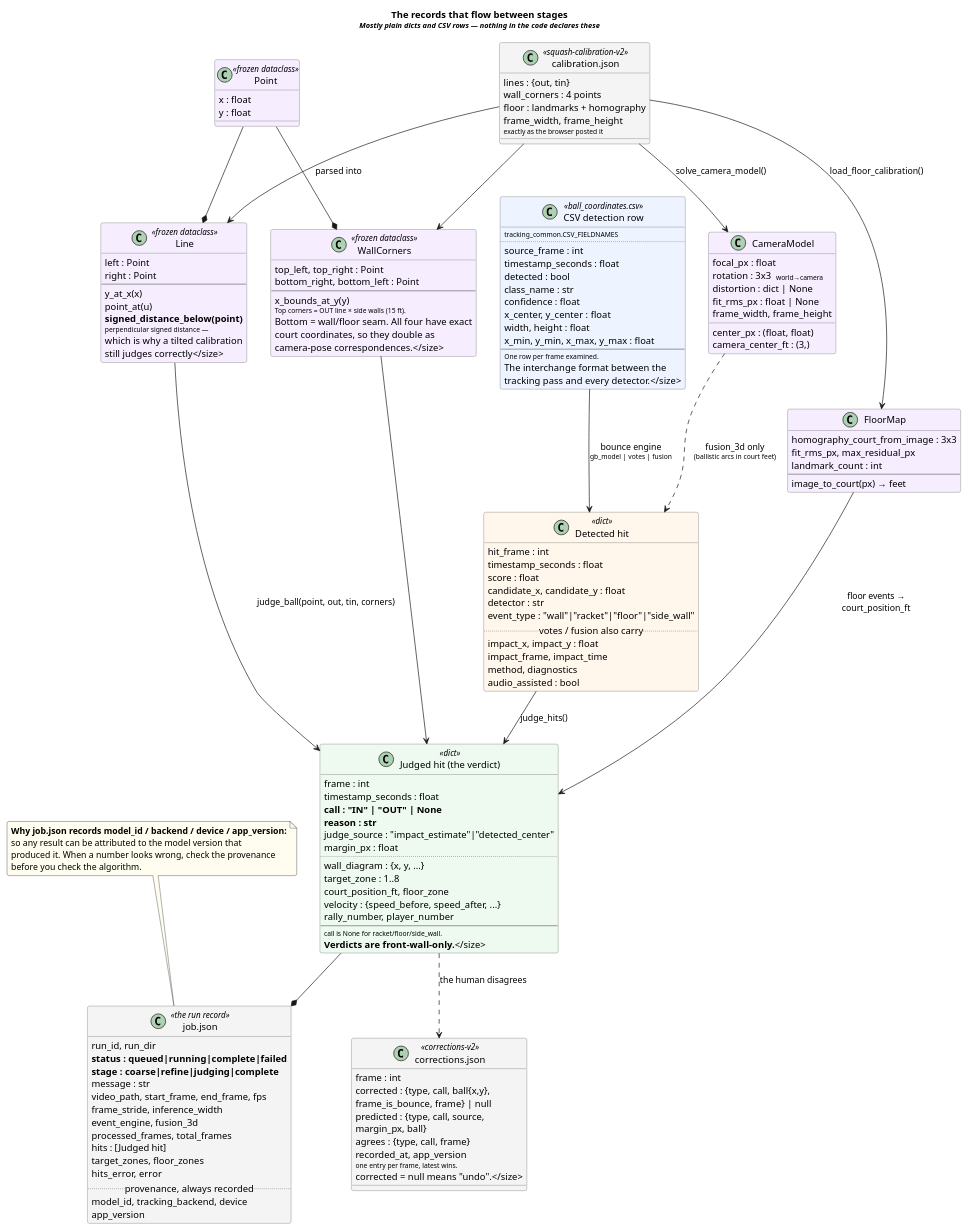
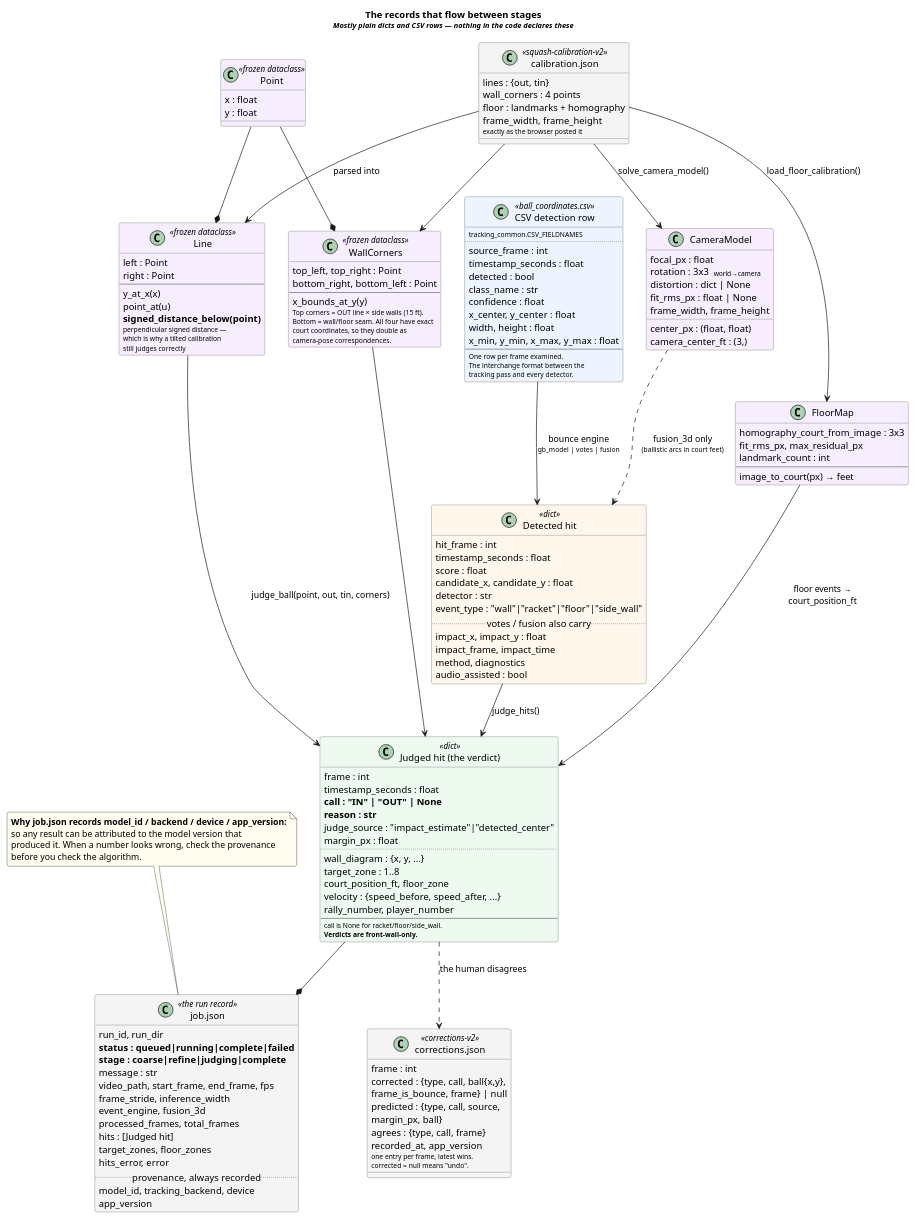
One commit to redcappyal/UCSC-AI-Project changed the seventh of 7 diagrams in docs/architecture.puml. Above: the diagram before and after it, drawn with PlantUML. The commit also changed other lines of this file and 1 other file, not shown here.

First line of the commit message:
fix(arch): render the diagrams, and fix what only rendering could reveal

```diff
--- a/docs/architecture.puml
+++ b/docs/architecture.puml
@@ -603,166 +602,166 @@
 @startuml data_shapes
 title The records that flow between stages\n<size:11>//Mostly plain dicts and CSV rows — nothing in the code declares these//</size>
 
 skinparam shadowing false
 skinparam roundCorner 6
 skinparam class {
   BackgroundColor #FFFFFF
   BorderColor #666666
 }
 
 class "CSV detection row" as row <<ball_coordinates.csv>> #EEF4FF {
   <size:10>tracking_common.CSV_FIELDNAMES</size>
   ..
   source_frame : int
   timestamp_seconds : float
   detected : bool
   class_name : str
   confidence : float
   x_center, y_center : float
   width, height : float
   x_min, y_min, x_max, y_max : float
   --
-  <size:10>One row per frame examined.
-  The interchange format between the
-  tracking pass and every detector.</size>
+  <size:10>One row per frame examined.</size>
+  <size:10>The interchange format between the</size>
+  <size:10>tracking pass and every detector.</size>
 }
 
 class "Detected hit" as hit <<dict>> #FFF6EC {
   hit_frame : int
   timestamp_seconds : float
   score : float
   candidate_x, candidate_y : float
   detector : str
   event_type : "wall"|"racket"|"floor"|"side_wall"
   ..votes / fusion also carry..
   impact_x, impact_y : float
   impact_frame, impact_time
   method, diagnostics
   audio_assisted : bool
 }
 
 class "Judged hit (the verdict)" as verdict <<dict>> #EEF9F0 {
   frame : int
   timestamp_seconds : float
   **call : "IN" | "OUT" | None**
   **reason : str**
   judge_source : "impact_estimate"|"detected_center"
   margin_px : float
   ..
   wall_diagram : {x, y, ...}
   target_zone : 1..8
   court_position_ft, floor_zone
   velocity : {speed_before, speed_after, ...}
   rally_number, player_number
   --
-  <size:10>call is None for racket/floor/side_wall.
-  <b>Verdicts are front-wall-only.</b></size>
+  <size:10>call is None for racket/floor/side_wall.</size>
+  <size:10><b>Verdicts are front-wall-only.</b></size>
 }
 
 class Point <<frozen dataclass>> #F6EEFF {
   x : float
   y : float
 }
 
 class Line <<frozen dataclass>> #F6EEFF {
   left : Point
   right : Point
   --
   y_at_x(x)
   point_at(u)
   **signed_distance_below(point)**
-  <size:10>perpendicular signed distance —
-  which is why a tilted calibration
-  still judges correctly</size>
+  <size:10>perpendicular signed distance —</size>
+  <size:10>which is why a tilted calibration</size>
+  <size:10>still judges correctly</size>
 }
 
 class WallCorners <<frozen dataclass>> #F6EEFF {
   top_left, top_right : Point
   bottom_right, bottom_left : Point
   --
   x_bounds_at_y(y)
-  <size:10>Top corners = OUT line × side walls (15 ft).
-  Bottom = wall/floor seam. All four have exact
-  court coordinates, so they double as
-  camera-pose correspondences.</size>
+  <size:10>Top corners = OUT line × side walls (15 ft).</size>
+  <size:10>Bottom = wall/floor seam. All four have exact</size>
+  <size:10>court coordinates, so they double as</size>
+  <size:10>camera-pose correspondences.</size>
 }
 
 class CameraModel #F6EEFF {
   focal_px : float
   center_px : (float, float)
   rotation : 3x3  <size:10>world→camera</size>
   camera_center_ft : (3,)
   distortion : dict | None
   fit_rms_px : float | None
   frame_width, frame_height
 }
 
 class FloorMap #F6EEFF {
   homography_court_from_image : 3x3
   fit_rms_px, max_residual_px
   landmark_count : int
   --
   image_to_court(px) → feet
 }
 
 class "job.json" as job <<the run record>> #F4F4F4 {
   run_id, run_dir
   **status : queued|running|complete|failed**
   **stage : coarse|refine|judging|complete**
   message : str
   video_path, start_frame, end_frame, fps
   frame_stride, inference_width
   event_engine, fusion_3d
   processed_frames, total_frames
   hits : [Judged hit]
   target_zones, floor_zones
   hits_error, error
   ..provenance, always recorded..
   model_id, tracking_backend, device
   app_version
 }
 
 class "calibration.json" as cal <<squash-calibration-v2>> #F4F4F4 {
   lines : {out, tin}
   wall_corners : 4 points
   floor : landmarks + homography
   frame_width, frame_height
   <size:10>exactly as the browser posted it</size>
 }
 
 class "corrections.json" as corr <<corrections-v2>> #F4F4F4 {
   frame : int
   corrected : {type, call, ball{x,y},
        frame_is_bounce, frame} | null
   predicted : {type, call, source,
        margin_px, ball}
   agrees : {type, call, frame}
   recorded_at, app_version
-  <size:10>one entry per frame, latest wins.
-  corrected = null means "undo".</size>
+  <size:10>one entry per frame, latest wins.</size>
+  <size:10>corrected = null means "undo".</size>
 }
 
 row --> hit : bounce engine\n<size:10>gb_model | votes | fusion</size>
 hit --> verdict : judge_hits()
 Line --> verdict : judge_ball(point, out, tin, corners)
 WallCorners --> verdict
 Point --* Line
 Point --* WallCorners
 cal --> Line : parsed into
 cal --> WallCorners
 cal --> CameraModel : solve_camera_model()
 cal --> FloorMap : load_floor_calibration()
 CameraModel ..> hit : fusion_3d only\n<size:10>(ballistic arcs in court feet)</size>
 FloorMap --> verdict : floor events →\ncourt_position_ft
 verdict --* job
 verdict ..> corr : the human disagrees
 
 note as nprov #FFFDF0
   <b>Why job.json records model_id / backend / device / app_version:</b>
   so any result can be attributed to the model version that
   produced it. When a number looks wrong, check the provenance
   before you check the algorithm.
 end note
 nprov .. job
 
 @enduml
```
